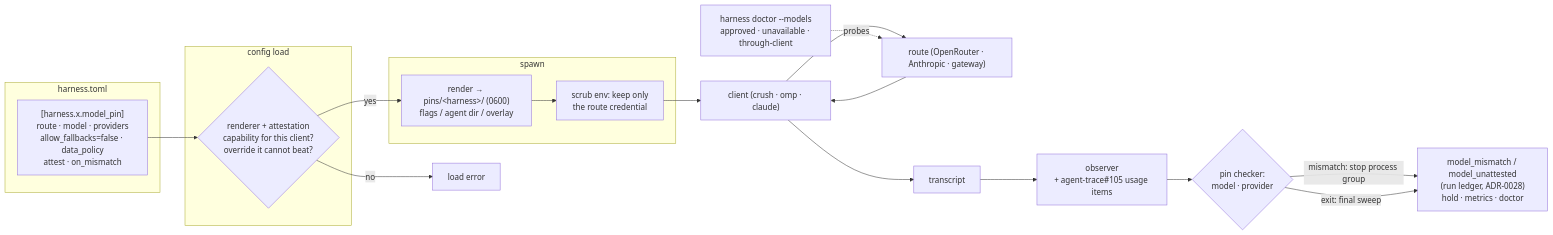
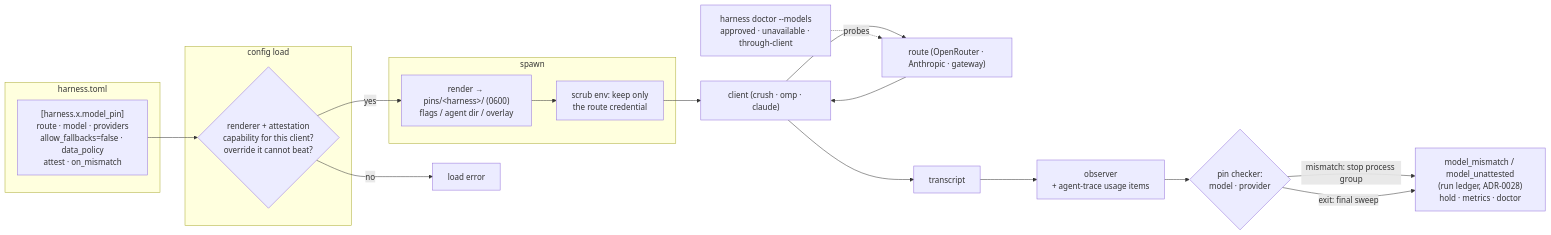
Before and after one commit to stump-wtf/harness: the diagram in docs/adrs/adr-0026-fail-closed-model-pinning.md, drawn with Mermaid. The commit also changed other lines of this file and 12 other files, not shown here.

````diff
--- a/docs/adrs/adr-0026-fail-closed-model-pinning.md
+++ b/docs/adrs/adr-0026-fail-closed-model-pinning.md
@@ -426,27 +426,27 @@
 ```mermaid
 flowchart LR
     subgraph cfg["harness.toml"]
         P["[harness.x.model_pin]<br/>route · model · providers<br/>allow_fallbacks=false · data_policy<br/>attest · on_mismatch"]
     end
     subgraph load["config load"]
         CAP{"renderer + attestation<br/>capability for this client?<br/>override it cannot beat?"}
     end
     subgraph spawn["spawn"]
         R["render → pins/&lt;harness&gt;/ (0600)<br/>flags / agent dir / overlay"]
         S["scrub env: keep only<br/>the route credential"]
     end
     C["client (crush · omp · claude)"]
     RT["route (OpenRouter · Anthropic · gateway)"]
     T["transcript"]
-    O["observer<br/>+ agent-trace#105 usage items"]
+    O["observer<br/>+ agent-trace usage items"]
     A{"pin checker:<br/>model · provider"}
     OUT["model_mismatch / model_unattested<br/>(run ledger, ADR-0028)<br/>hold · metrics · doctor"]
     DOC["harness doctor --models<br/>approved · unavailable · through-client"]
 
     P --> CAP -- "no" --> E["load error"]
     CAP -- "yes" --> R --> S --> C --> RT
     RT --> C --> T --> O --> A
     A -- "mismatch: stop process group" --> OUT
     A -- "exit: final sweep" --> OUT
     DOC -. "probes" .-> RT
 ```
````
